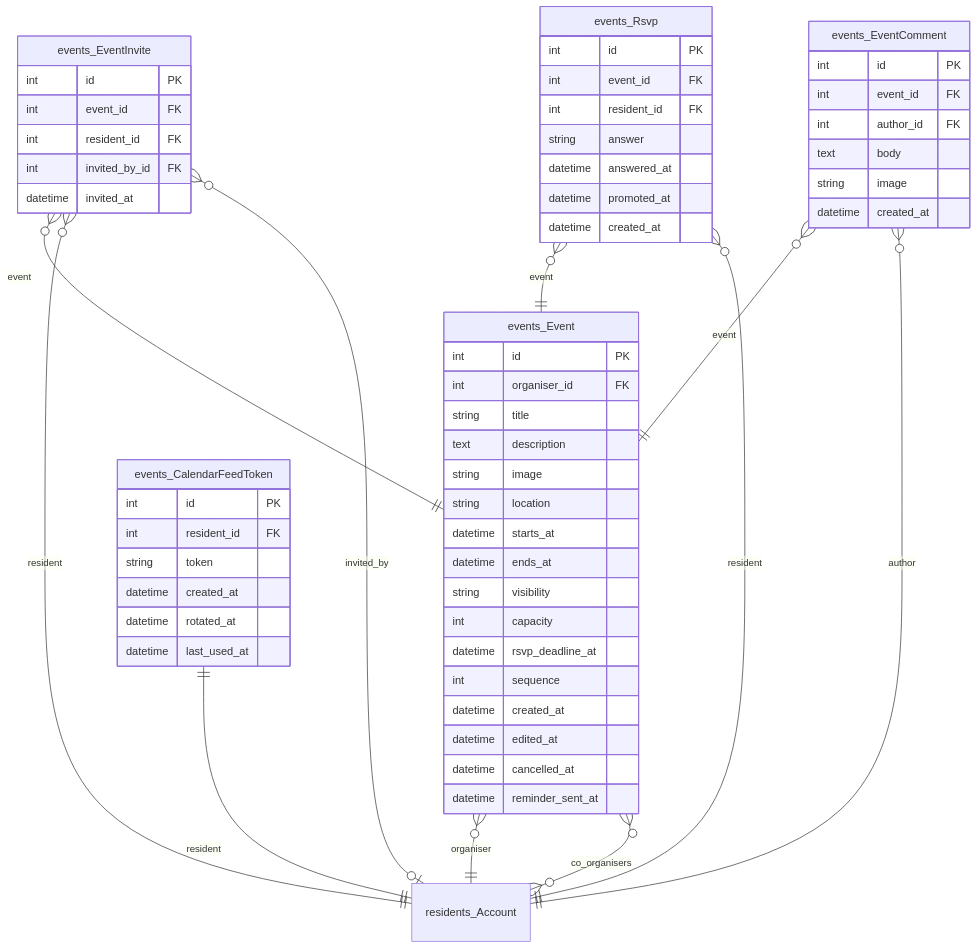
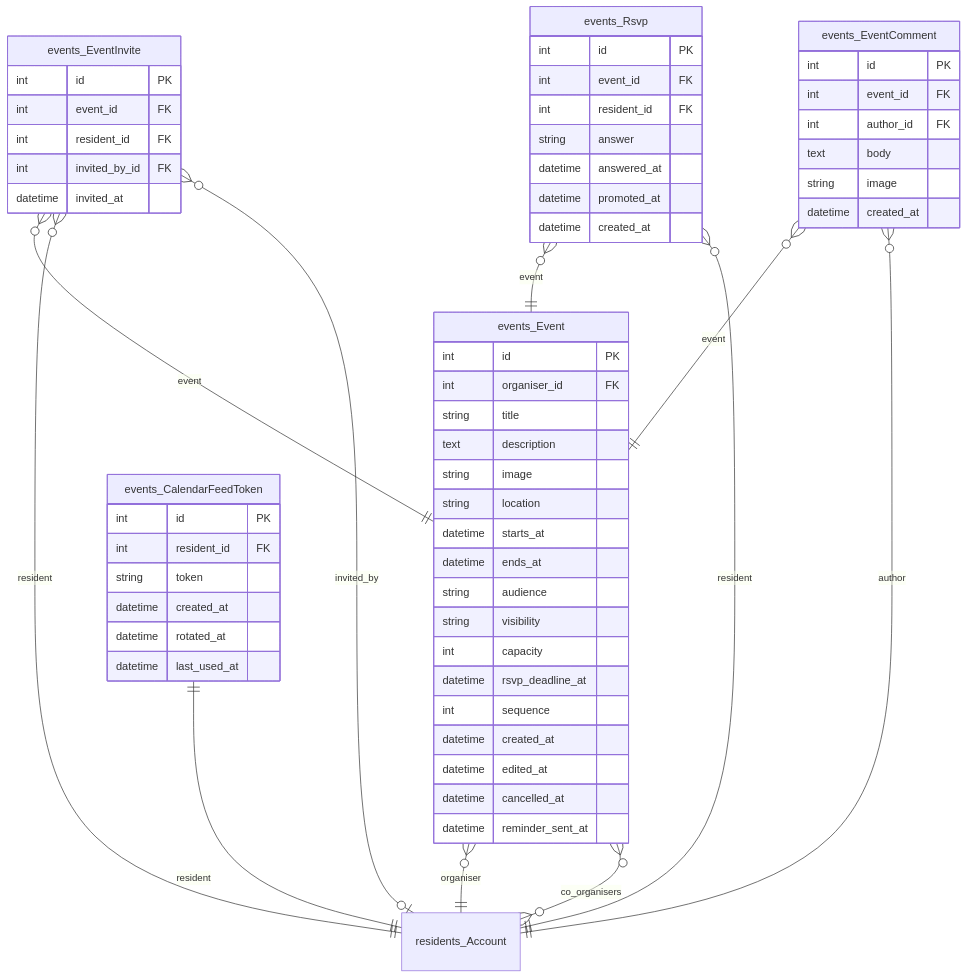
Before and after one commit to GAHK-org/gahk_intern: the ninth of 19 diagrams in docs/erd.md, drawn with Mermaid. The commit also changed other lines of this file and 31 other files, not shown here.

````diff
--- a/docs/erd.md
+++ b/docs/erd.md
@@ -1578,70 +1580,71 @@
 ```mermaid
 erDiagram
     events_Event {
         int id PK
         int organiser_id FK
         string title
         text description
         string image
         string location
         datetime starts_at
         datetime ends_at
+        string audience
         string visibility
         int capacity
         datetime rsvp_deadline_at
         int sequence
         datetime created_at
         datetime edited_at
         datetime cancelled_at
         datetime reminder_sent_at
     }
 
     events_EventInvite {
         int id PK
         int event_id FK
         int resident_id FK
         int invited_by_id FK
         datetime invited_at
     }
 
     events_Rsvp {
         int id PK
         int event_id FK
         int resident_id FK
         string answer
         datetime answered_at
         datetime promoted_at
         datetime created_at
     }
 
     events_EventComment {
         int id PK
         int event_id FK
         int author_id FK
         text body
         string image
         datetime created_at
     }
 
     events_CalendarFeedToken {
         int id PK
         int resident_id FK
         string token
         datetime created_at
         datetime rotated_at
         datetime last_used_at
     }
 
     residents_Account { }
 
     events_Event }o--|| residents_Account : "organiser"
     events_Event }o--o{ residents_Account : "co_organisers"
     events_EventInvite }o--|| events_Event : "event"
     events_EventInvite }o--|| residents_Account : "resident"
     events_EventInvite }o--|o residents_Account : "invited_by"
     events_Rsvp }o--|| events_Event : "event"
     events_Rsvp }o--|| residents_Account : "resident"
     events_EventComment }o--|| events_Event : "event"
     events_EventComment }o--|| residents_Account : "author"
     events_CalendarFeedToken ||--|| residents_Account : "resident"
 ```
````
